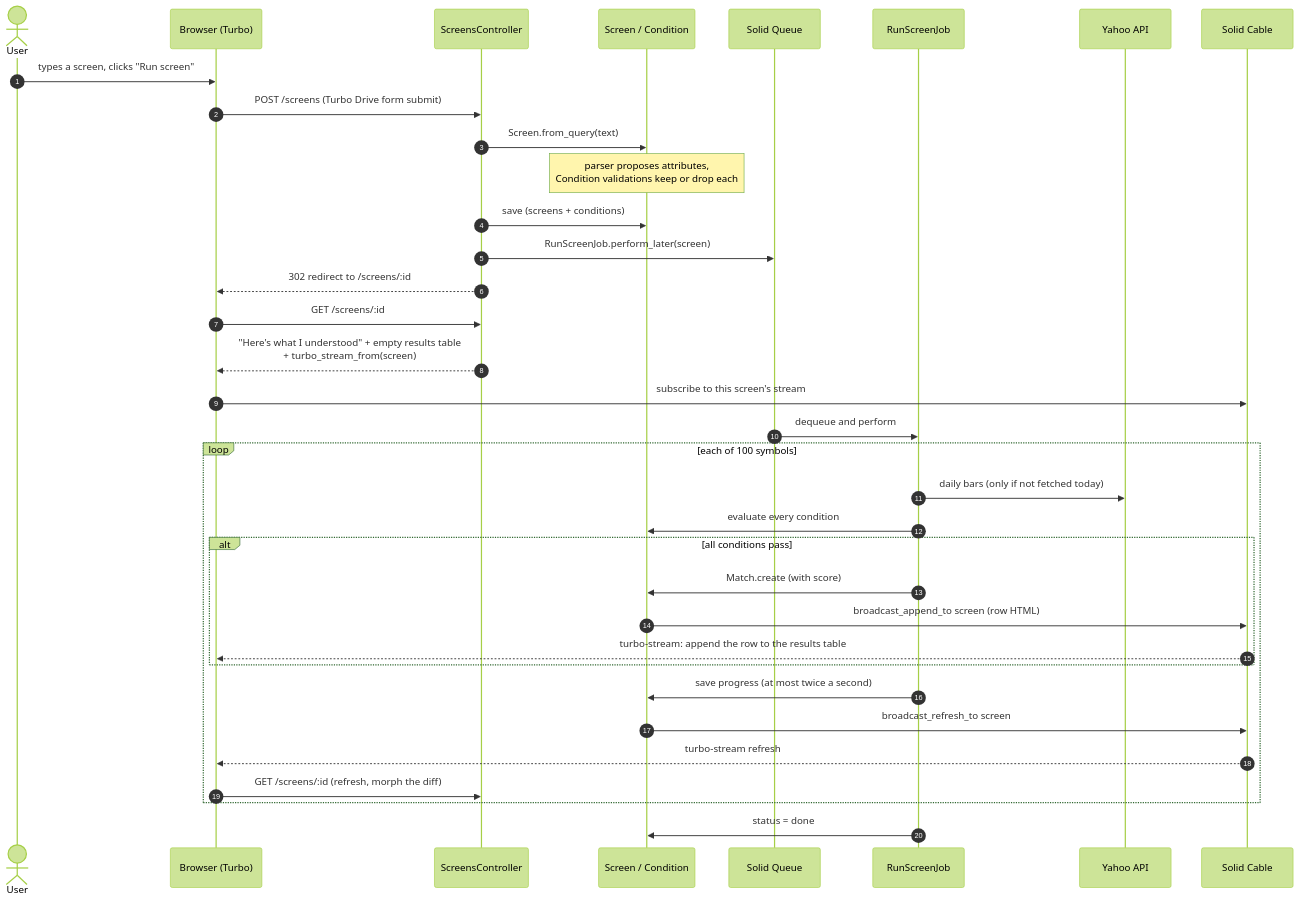
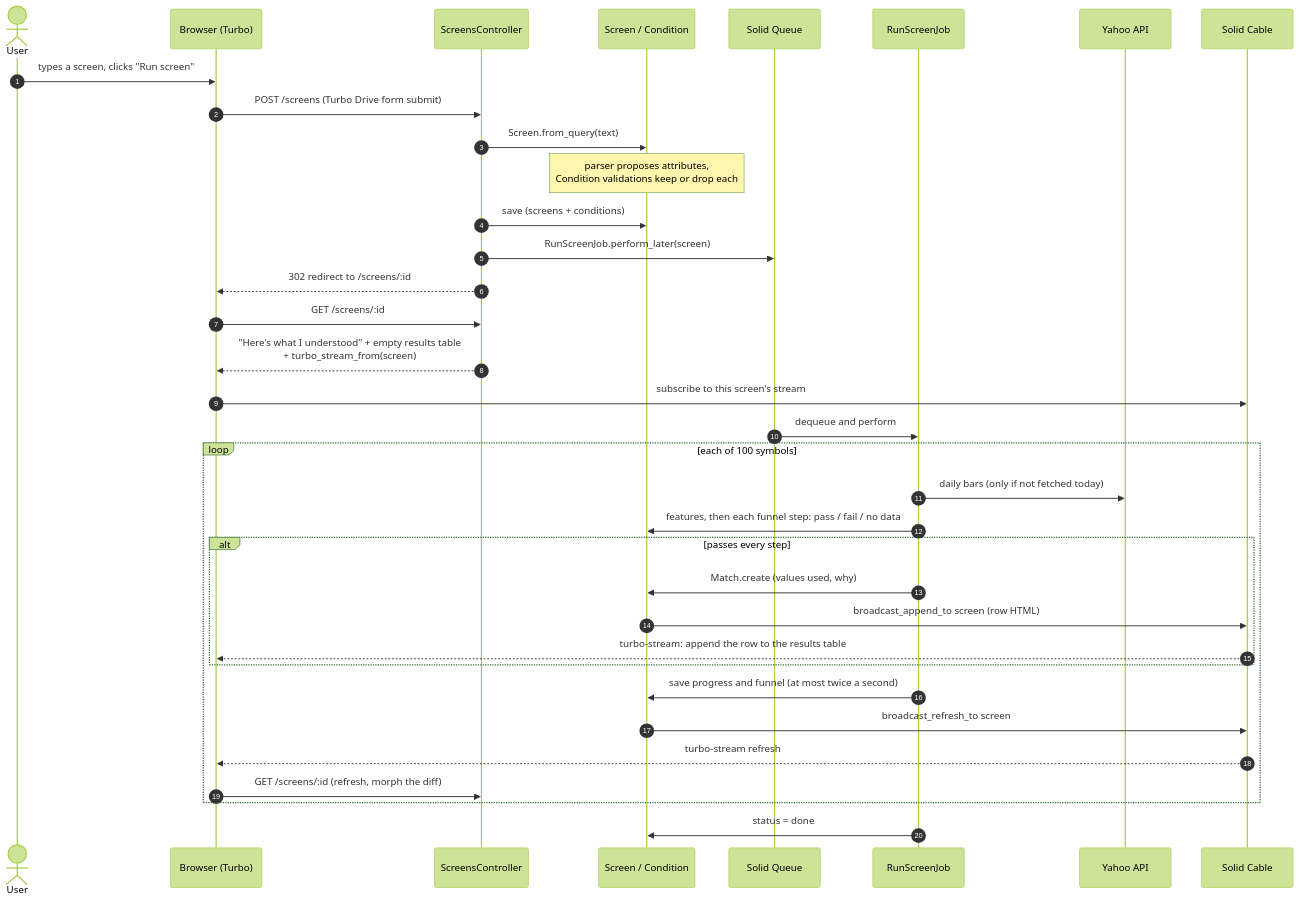
Before and after one commit to henryzhangpku/rails-nl-screen: the second of 7 diagrams in docs/ARCHITECTURE.md, drawn with Mermaid (forest theme). The commit also changed other lines of this file and 1 other file, not shown here.

Commit message:
Docs: the shared contract with EquityScout, the funnel and ranking

````diff
--- a/docs/ARCHITECTURE.md
+++ b/docs/ARCHITECTURE.md
@@ -104,38 +106,38 @@
 ```mermaid
 sequenceDiagram
   autonumber
   actor U as User
   participant B as Browser (Turbo)
   participant C as ScreensController
   participant S as Screen / Condition
   participant Q as Solid Queue
   participant J as RunScreenJob
   participant D as Yahoo API
   participant K as Solid Cable
 
   U->>B: types a screen, clicks "Run screen"
   B->>C: POST /screens (Turbo Drive form submit)
   C->>S: Screen.from_query(text)
   Note over S: parser proposes attributes,<br/>Condition validations keep or drop each
   C->>S: save (screens + conditions)
   C->>Q: RunScreenJob.perform_later(screen)
   C-->>B: 302 redirect to /screens/:id
   B->>C: GET /screens/:id
   C-->>B: "Here's what I understood" + empty results table<br/>+ turbo_stream_from(screen)
   B->>K: subscribe to this screen's stream
   Q->>J: dequeue and perform
   loop each of 100 symbols
     J->>D: daily bars (only if not fetched today)
-    J->>S: evaluate every condition
-    alt all conditions pass
-      J->>S: Match.create (with score)
+    J->>S: features, then each funnel step: pass / fail / no data
+    alt passes every step
+      J->>S: Match.create (values used, why)
       S->>K: broadcast_append_to screen (row HTML)
       K-->>B: turbo-stream: append the row to the results table
     end
-    J->>S: save progress (at most twice a second)
+    J->>S: save progress and funnel (at most twice a second)
     S->>K: broadcast_refresh_to screen
     K-->>B: turbo-stream refresh
     B->>C: GET /screens/:id (refresh, morph the diff)
   end
   J->>S: status = done
 ```
````
